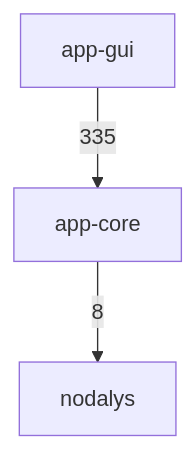
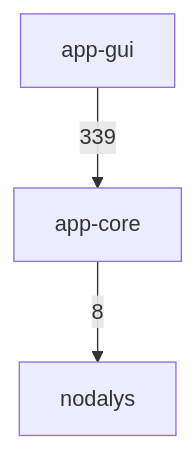
The first of 3 diagrams in docs/architecture.md (ronnymilleo/imcsim), drawn with Mermaid before and after one commit. The commit also changed other lines of this file and 1 other file, not shown here.

Commit message:
Regenerate the include and Nodalys class diagrams

````diff
--- a/docs/architecture.md
+++ b/docs/architecture.md
@@ -22,8 +22,8 @@
 ```mermaid
 flowchart TD
     app_gui[app-gui]
     app_core[app-core]
     nodalys[nodalys]
     app_core -->|8| nodalys
-    app_gui -->|335| app_core
+    app_gui -->|339| app_core
 ```
````
